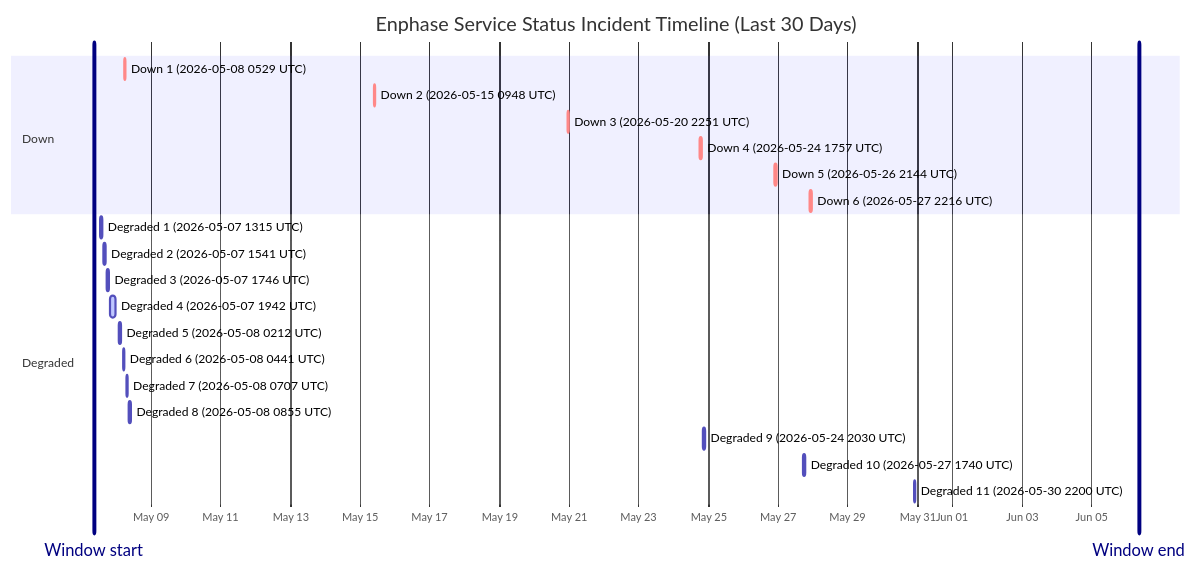
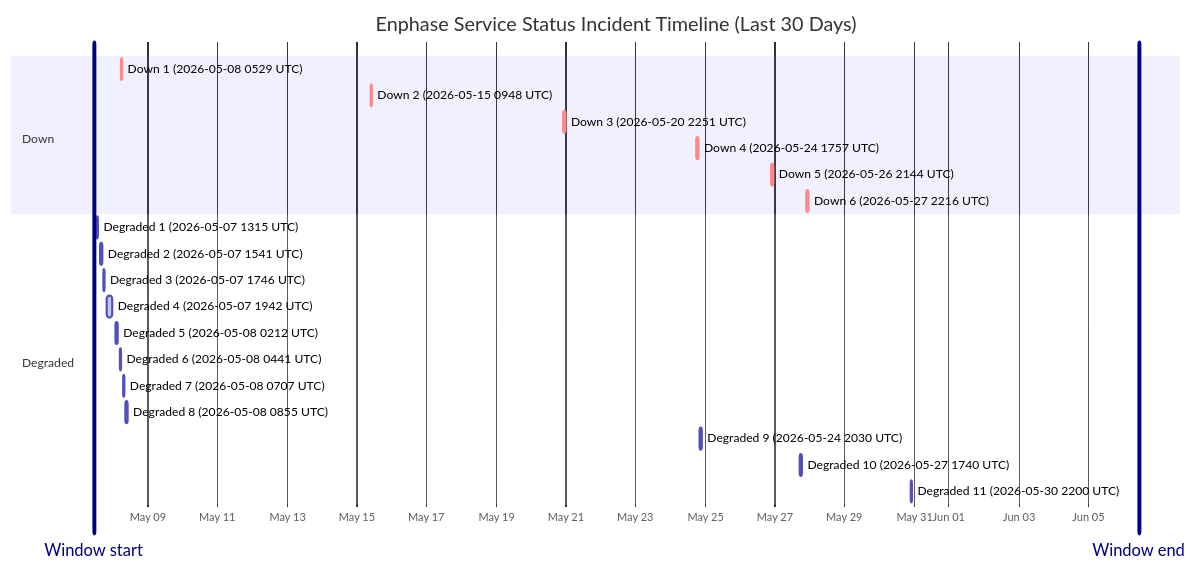
Before and after one commit to barneyonline/ha-enphase-energy: the diagram in wiki/Service-Status-History.md, drawn with Mermaid. The commit also changed other lines of this file and 3 other files, not shown here.

````diff
--- a/wiki/Service-Status-History.md
+++ b/wiki/Service-Status-History.md
@@ -14,27 +14,27 @@
 ```mermaid
 gantt
     title Enphase Service Status Incident Timeline (Last 30 Days)
     dateFormat  YYYY-MM-DDTHH:mm:ss
     axisFormat  %b %d
-    Window start :vert, window-start, 2026-05-07T08:32:04, 0ms
-    Window end :vert, window-end, 2026-06-06T08:32:04, 0ms
+    Window start :vert, window-start, 2026-05-07T10:52:43, 0ms
+    Window end :vert, window-end, 2026-06-06T10:52:43, 0ms
     section Down
     Down 1 (2026-05-08 0529 UTC) :crit, down-1, 2026-05-08T05:29:47, 60m
     Down 2 (2026-05-15 0948 UTC) :crit, down-2, 2026-05-15T09:48:18, 60m
     Down 3 (2026-05-20 2251 UTC) :crit, down-3, 2026-05-20T22:51:14, 75m
     Down 4 (2026-05-24 1757 UTC) :crit, down-4, 2026-05-24T17:57:41, 86m
     Down 5 (2026-05-26 2144 UTC) :crit, down-5, 2026-05-26T21:44:11, 85m
     Down 6 (2026-05-27 2216 UTC) :crit, down-6, 2026-05-27T22:16:53, 87m
     section Degraded
     Degraded 1 (2026-05-07 1315 UTC) :active, degraded-1, 2026-05-07T13:15:25, 60m
     Degraded 2 (2026-05-07 1541 UTC) :active, degraded-2, 2026-05-07T15:41:58, 60m
     Degraded 3 (2026-05-07 1746 UTC) :active, degraded-3, 2026-05-07T17:46:51, 60m
     Degraded 4 (2026-05-07 1942 UTC) :active, degraded-4, 2026-05-07T19:42:10, 249m
     Degraded 5 (2026-05-08 0212 UTC) :active, degraded-5, 2026-05-08T02:12:39, 60m
     Degraded 6 (2026-05-08 0441 UTC) :active, degraded-6, 2026-05-08T04:41:46, 60m
     Degraded 7 (2026-05-08 0707 UTC) :active, degraded-7, 2026-05-08T07:07:30, 60m
     Degraded 8 (2026-05-08 0855 UTC) :active, degraded-8, 2026-05-08T08:55:20, 88m
     Degraded 9 (2026-05-24 2030 UTC) :active, degraded-9, 2026-05-24T20:30:57, 84m
     Degraded 10 (2026-05-27 1740 UTC) :active, degraded-10, 2026-05-27T17:40:52, 60m
     Degraded 11 (2026-05-30 2200 UTC) :active, degraded-11, 2026-05-30T22:00:37, 60m
 ```
````
